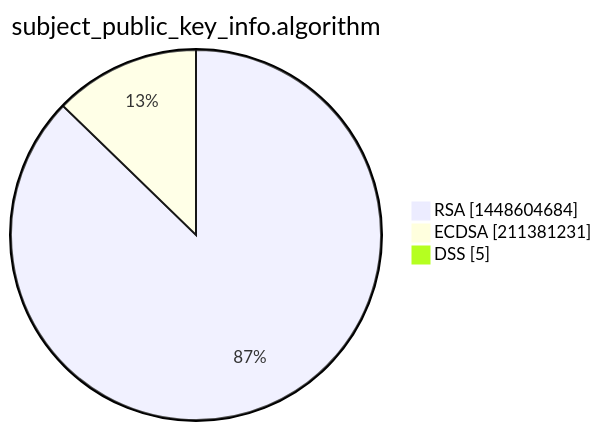
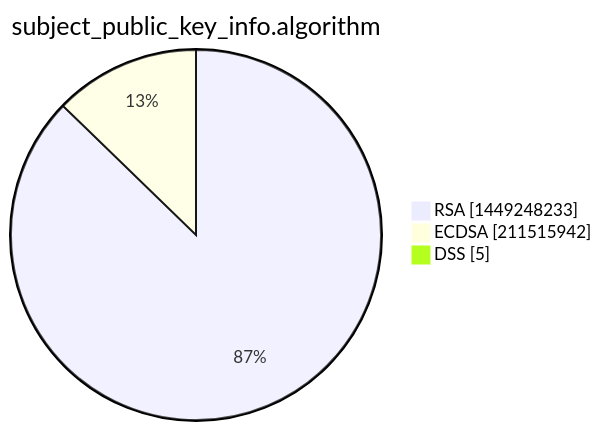
The third of 15 diagrams in xenon2022/README.md (christiankrug/ctmonitor_visualization), drawn with Mermaid before and after one commit. The commit also changed other lines of this file, not shown here.

````diff
--- a/xenon2022/README.md
+++ b/xenon2022/README.md
@@ -14,7 +14,7 @@
 ```mermaid
 pie showData
 title subject_public_key_info.algorithm
-"RSA" :1448604684
-"ECDSA" :211381231
+"RSA" :1449248233
+"ECDSA" :211515942
 "DSS" :5
 ```
````
